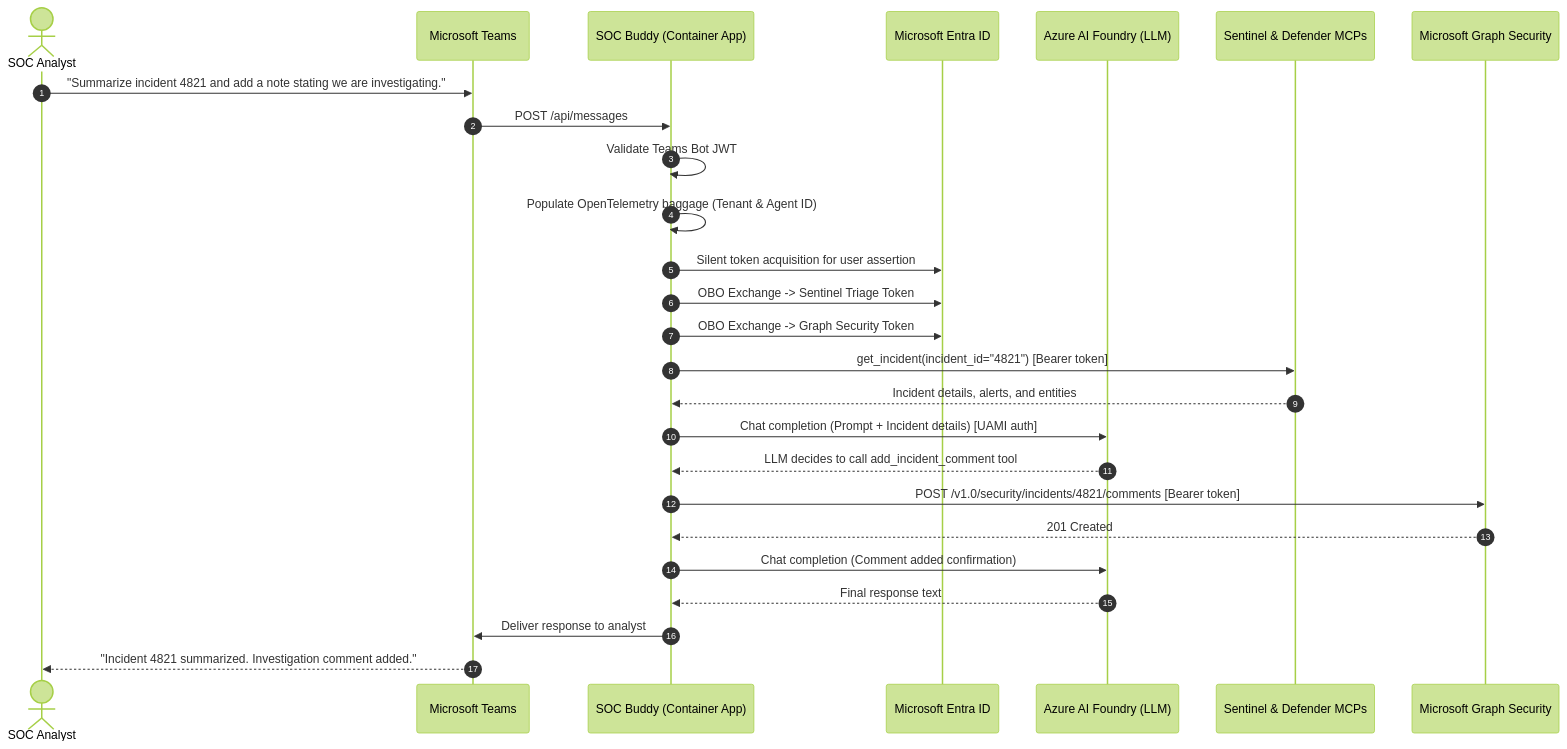
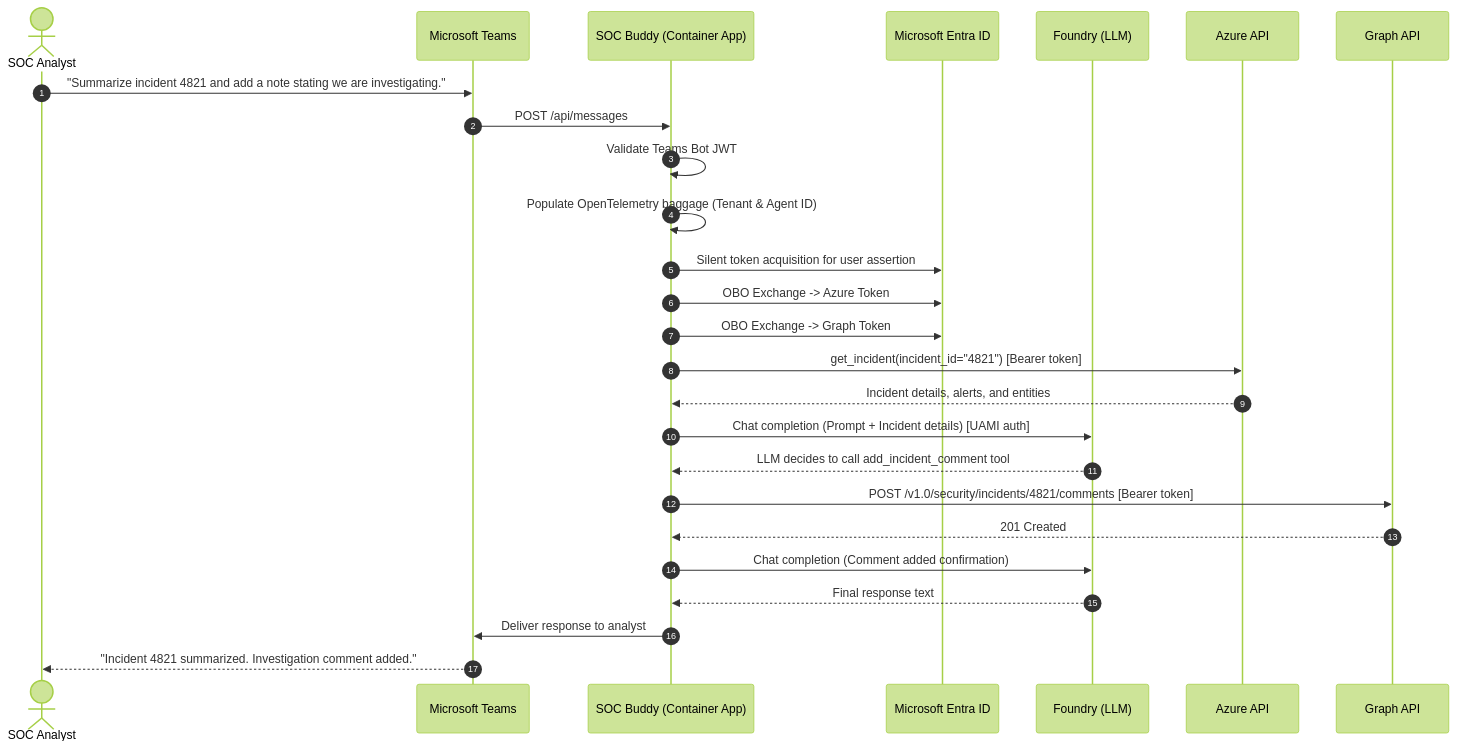
One commit to joetanx/soc-buddy changed the third of 4 diagrams in DESIGN.md. Above: the diagram before and after it, drawn with Mermaid (forest theme). The commit also changed other lines of this file and 4 other files, not shown here.

Commit message:
Update relevant files on Sentinel MCP deprecation

````diff
--- a/DESIGN.md
+++ b/DESIGN.md
@@ -178,35 +178,35 @@
 ```mermaid
 sequenceDiagram
     autonumber
     actor Analyst as SOC Analyst
     participant Teams as Microsoft Teams
     participant App as SOC Buddy (Container App)
     participant Entra as Microsoft Entra ID
-    participant Foundry as Azure AI Foundry (LLM)
-    participant MCP as Sentinel & Defender MCPs
-    participant Graph as Microsoft Graph Security
+    participant Foundry as Foundry (LLM)
+    participant MCP as Azure API
+    participant Graph as Graph API
 
     Analyst->>Teams: "Summarize incident 4821 and add a note stating we are investigating."
     Teams->>App: POST /api/messages
     App->>App: Validate Teams Bot JWT
     App->>App: Populate OpenTelemetry baggage (Tenant & Agent ID)
     
     App->>Entra: Silent token acquisition for user assertion
-    App->>Entra: OBO Exchange -> Sentinel Triage Token
-    App->>Entra: OBO Exchange -> Graph Security Token
+    App->>Entra: OBO Exchange -> Azure Token
+    App->>Entra: OBO Exchange -> Graph Token
     
     App->>MCP: get_incident(incident_id="4821") [Bearer token]
     MCP-->>App: Incident details, alerts, and entities
     
     App->>Foundry: Chat completion (Prompt + Incident details) [UAMI auth]
     Foundry-->>App: LLM decides to call add_incident_comment tool
     
     App->>Graph: POST /v1.0/security/incidents/4821/comments [Bearer token]
     Graph-->>App: 201 Created
     
     App->>Foundry: Chat completion (Comment added confirmation)
     Foundry-->>App: Final response text
     
     App->>Teams: Deliver response to analyst
     Teams-->>Analyst: "Incident 4821 summarized. Investigation comment added."
 ```
````
